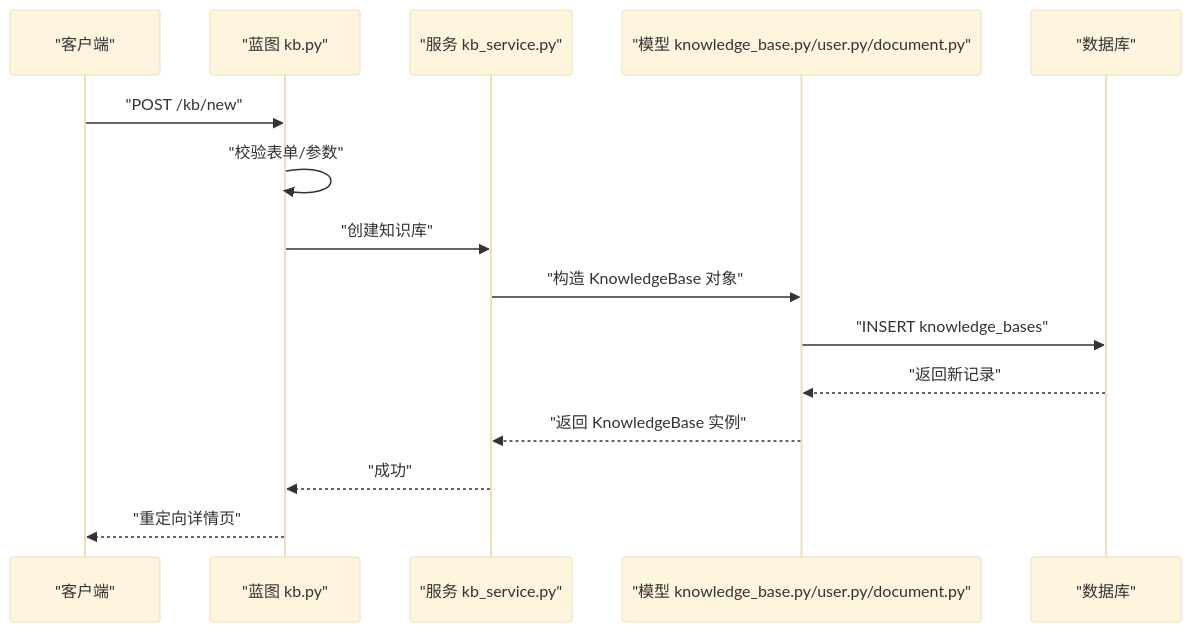
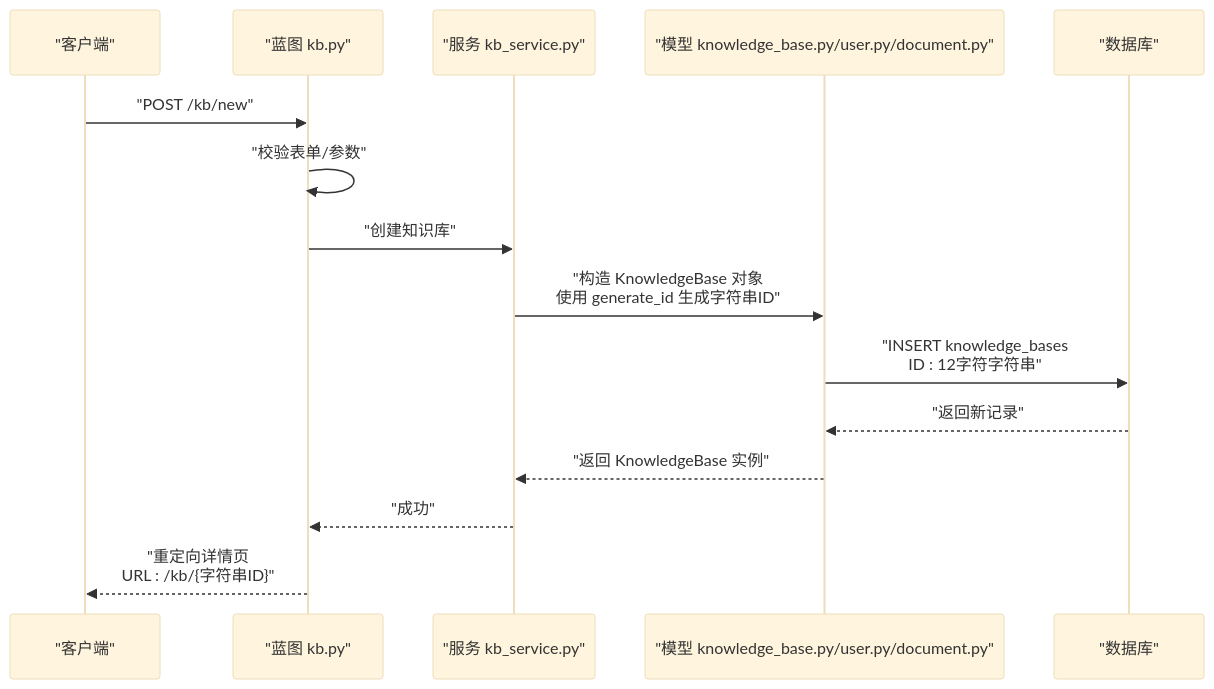
The second of 6 diagrams in .qoder/repowiki/zh/content/数据模型设计/知识库模型.md (beyondalbert/my_wiki), drawn with Mermaid (base theme) before and after one commit. The commit also changed other lines of this file and 21 other files, not shown here.

````diff
--- a/.qoder/repowiki/zh/content/数据模型设计/知识库模型.md
+++ b/.qoder/repowiki/zh/content/数据模型设计/知识库模型.md
@@ -117,17 +137,17 @@
 ```mermaid
 sequenceDiagram
 participant C as "客户端"
 participant B as "蓝图 kb.py"
 participant S as "服务 kb_service.py"
 participant M as "模型 knowledge_base.py/user.py/document.py"
 participant DB as "数据库"
 C->>B : "POST /kb/new"
 B->>B : "校验表单/参数"
 B->>S : "创建知识库"
-S->>M : "构造 KnowledgeBase 对象"
-M->>DB : "INSERT knowledge_bases"
+S->>M : "构造 KnowledgeBase 对象<br/>使用 generate_id 生成字符串ID"
+M->>DB : "INSERT knowledge_bases<br/>ID : 12字符字符串"
 DB-->>M : "返回新记录"
 M-->>S : "返回 KnowledgeBase 实例"
 S-->>B : "成功"
-B-->>C : "重定向详情页"
+B-->>C : "重定向详情页<br/>URL : /kb/{字符串ID}"
 ```
````
